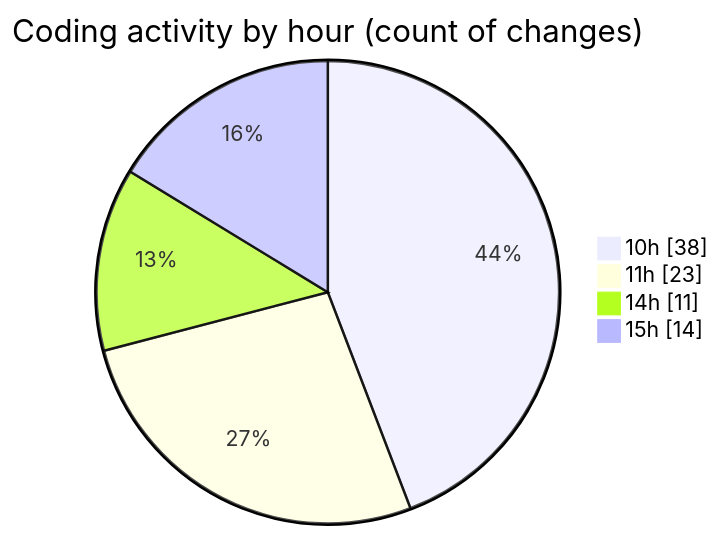
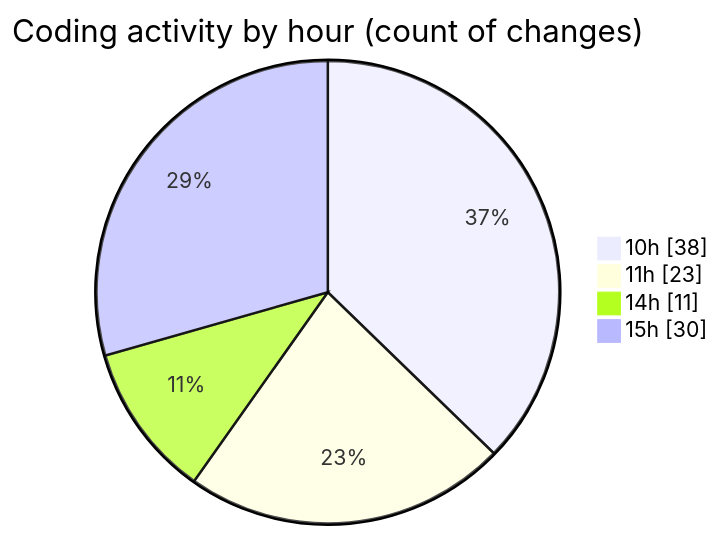
One commit to nxtqubesakshisongat/code-tracking changed the second of 2 diagrams in 2026-03-10/nxtqube_webapp/README.md. Above: the diagram before and after it, drawn with Mermaid. The commit also changed other lines of this file and 1 other file, not shown here.

````diff
--- a/2026-03-10/nxtqube_webapp/README.md
+++ b/2026-03-10/nxtqube_webapp/README.md
@@ -38,8 +38,8 @@
 ```mermaid
 pie showData
 title Coding activity by hour (count of changes)
 "10h" : 38
 "11h" : 23
 "14h" : 11
-"15h" : 14
+"15h" : 30
 ```
````
